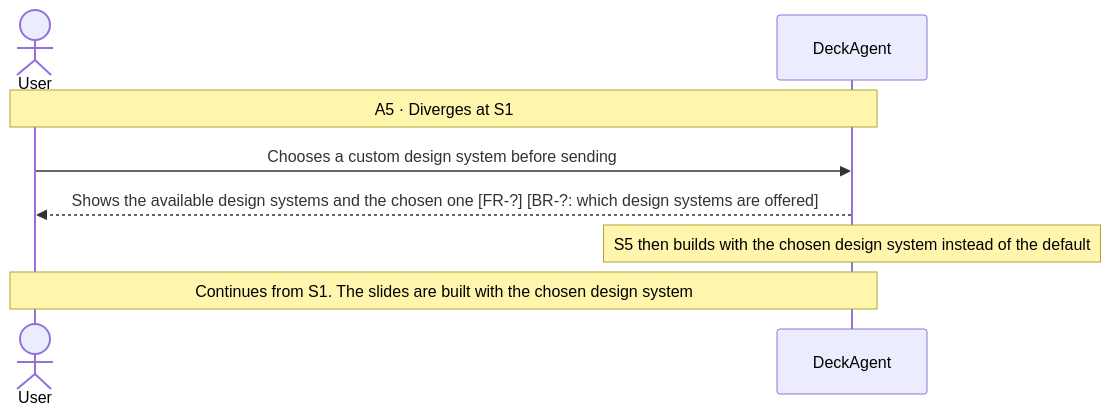
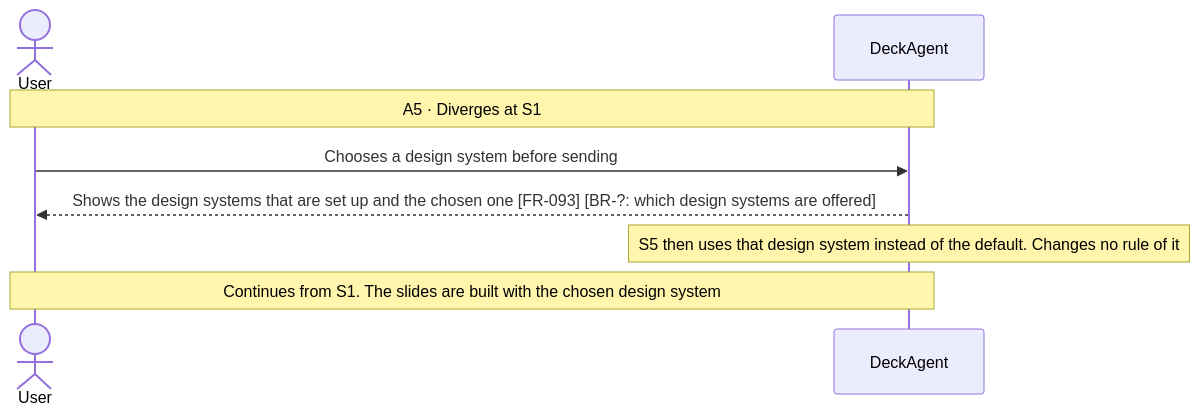
Before and after one commit to Luke23127006/DeckAgent: the second of 27 diagrams in docs/spec/03-use-cases/UC-001.md, drawn with Mermaid. The commit also changed other lines of this file and 31 other files, not shown here.

Commit message:
docs(spec): define independent design systems and visual styles

````diff
--- a/docs/spec/03-use-cases/UC-001.md
+++ b/docs/spec/03-use-cases/UC-001.md
@@ -87,10 +91,10 @@
 ```mermaid
 sequenceDiagram
     actor User
     participant DeckAgent
     Note over User,DeckAgent: A5 · Diverges at S1
-    User->>DeckAgent: Chooses a custom design system before sending
-    DeckAgent-->>User: Shows the available design systems and the chosen one [FR-?] [BR-?: which design systems are offered]
-    note over DeckAgent: S5 then builds with the chosen design system instead of the default
+    User->>DeckAgent: Chooses a design system before sending
+    DeckAgent-->>User: Shows the design systems that are set up and the chosen one [FR-093] [BR-?: which design systems are offered]
+    note over DeckAgent: S5 then uses that design system instead of the default. Changes no rule of it
     Note over User,DeckAgent: Continues from S1. The slides are built with the chosen design system
 ```
````
